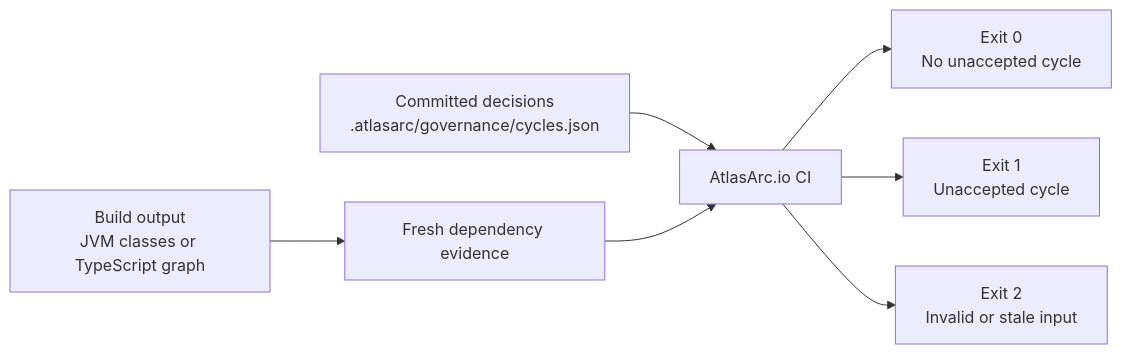
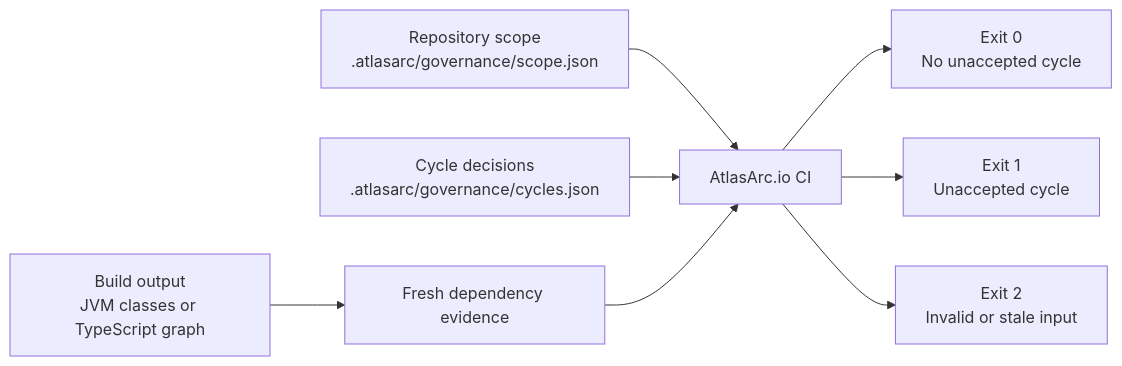
The diagram in README.md (seamraworks/atlasarc-ci), drawn with Mermaid before and after one commit. The commit also changed other lines of this file and 30 other files, not shown here.

First line of the commit message:
feat(scope): add repository analysis boundary

````diff
--- a/README.md
+++ b/README.md
@@ -31,9 +38,10 @@
 ```mermaid
 flowchart LR
     build["Build output<br/>JVM classes or TypeScript graph"] --> evidence["Fresh dependency evidence"]
-    policy["Committed decisions<br/>.atlasarc/governance/cycles.json"] --> evaluator["AtlasArc.io CI"]
+    scope["Repository scope<br/>.atlasarc/governance/scope.json"] --> evaluator["AtlasArc.io CI"]
+    policy["Cycle decisions<br/>.atlasarc/governance/cycles.json"] --> evaluator
     evidence --> evaluator
     evaluator --> clean["Exit 0<br/>No unaccepted cycle"]
     evaluator --> cycles["Exit 1<br/>Unaccepted cycle"]
     evaluator --> invalid["Exit 2<br/>Invalid or stale input"]
 ```
````
